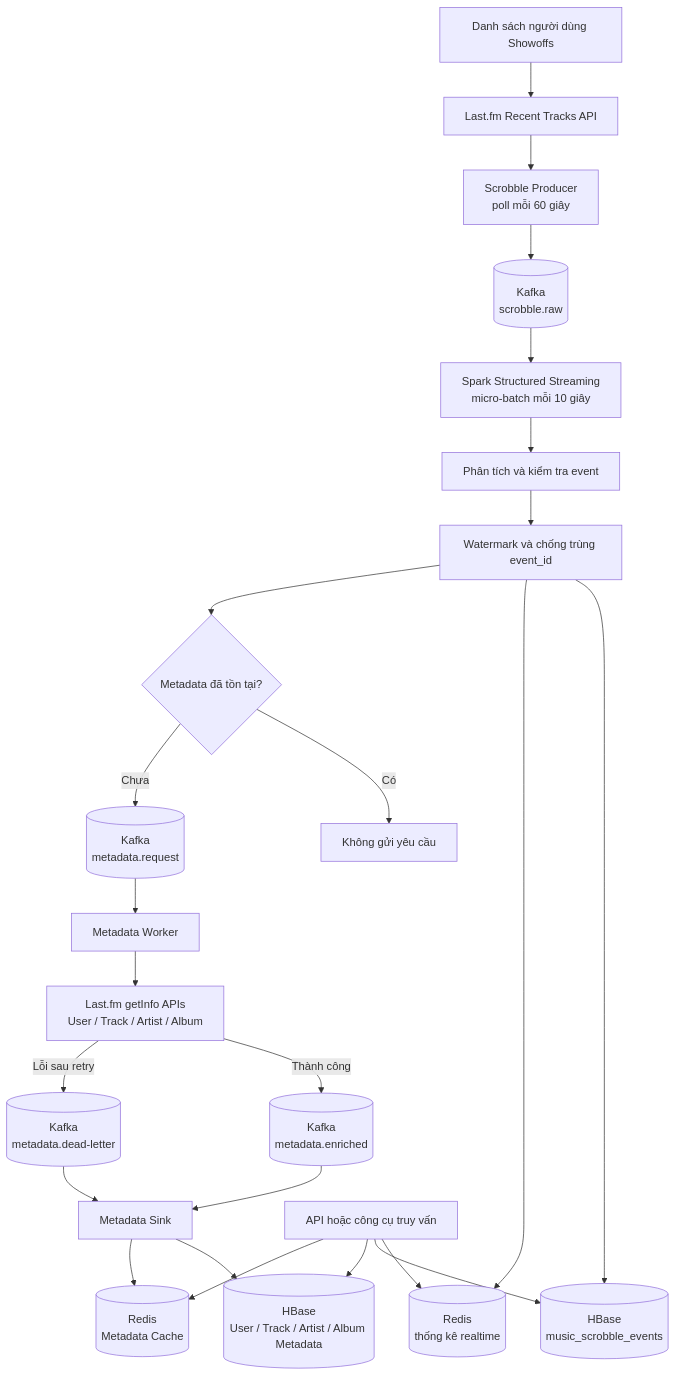
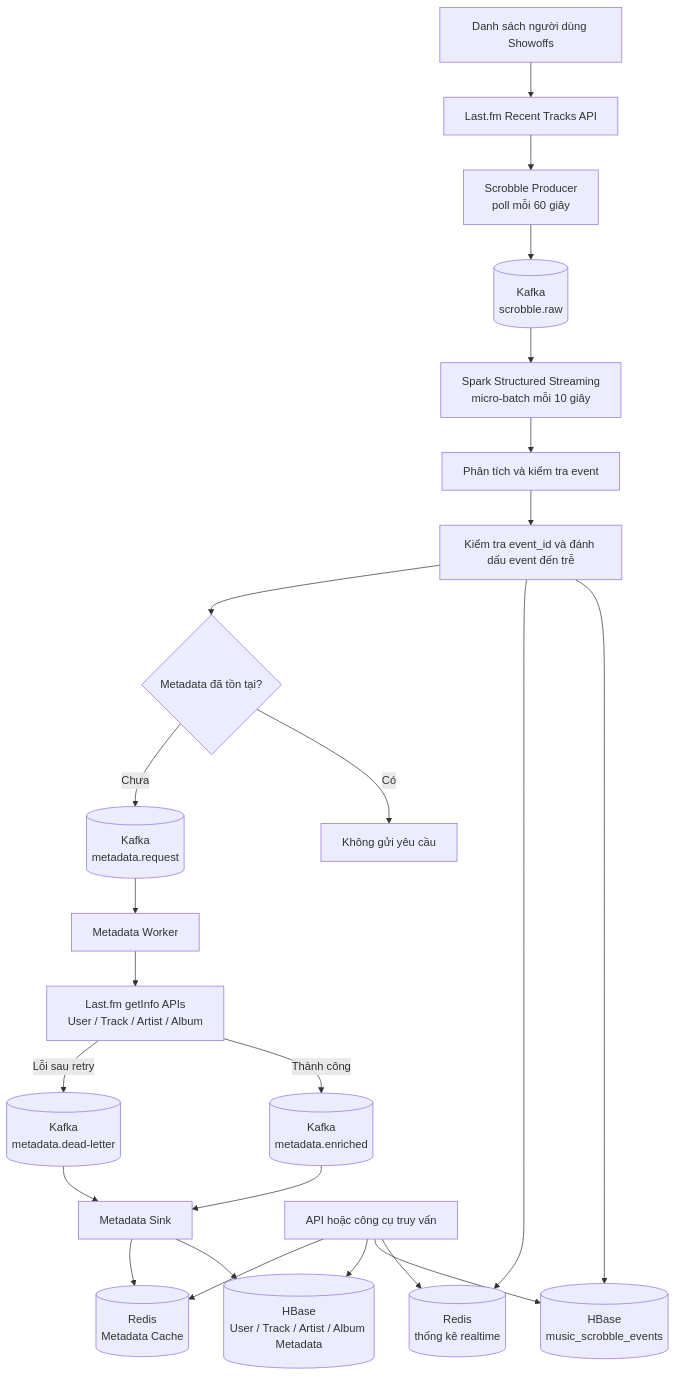
The diagram in docs/stream-flow.md (taihb2005/bigdata-music-analytics), drawn with Mermaid before and after one commit. The commit also changed other lines of this file and 29 other files, not shown here.

````diff
--- a/docs/stream-flow.md
+++ b/docs/stream-flow.md
@@ -10,32 +10,32 @@
 ```mermaid
 flowchart TD
     A[Danh sách người dùng Showoffs] --> B[Last.fm Recent Tracks API]
     B --> C[Scrobble Producer<br/>poll mỗi 60 giây]
     C --> D[(Kafka<br/>scrobble.raw)]
 
     D --> E[Spark Structured Streaming<br/>micro-batch mỗi 10 giây]
     E --> F[Phân tích và kiểm tra event]
-    F --> G[Watermark và chống trùng event_id]
+    F --> G[Kiểm tra event_id và đánh dấu event đến trễ]
 
     G --> H[(HBase<br/>music_scrobble_events)]
     G --> I[(Redis<br/>thống kê realtime)]
     G --> J{Metadata đã tồn tại?}
 
     J -- Có --> K[Không gửi yêu cầu]
     J -- Chưa --> L[(Kafka<br/>metadata.request)]
     L --> M[Metadata Worker]
     M --> N[Last.fm getInfo APIs<br/>User / Track / Artist / Album]
 
     N -- Thành công --> O[(Kafka<br/>metadata.enriched)]
     N -- Lỗi sau retry --> P[(Kafka<br/>metadata.dead-letter)]
 
     O --> Q[Metadata Sink]
     P --> Q
     Q --> R[(HBase<br/>User / Track / Artist / Album Metadata)]
     Q --> S[(Redis<br/>Metadata Cache)]
 
     T[API hoặc công cụ truy vấn] --> I
     T --> H
     T --> R
     T --> S
 ```
````
